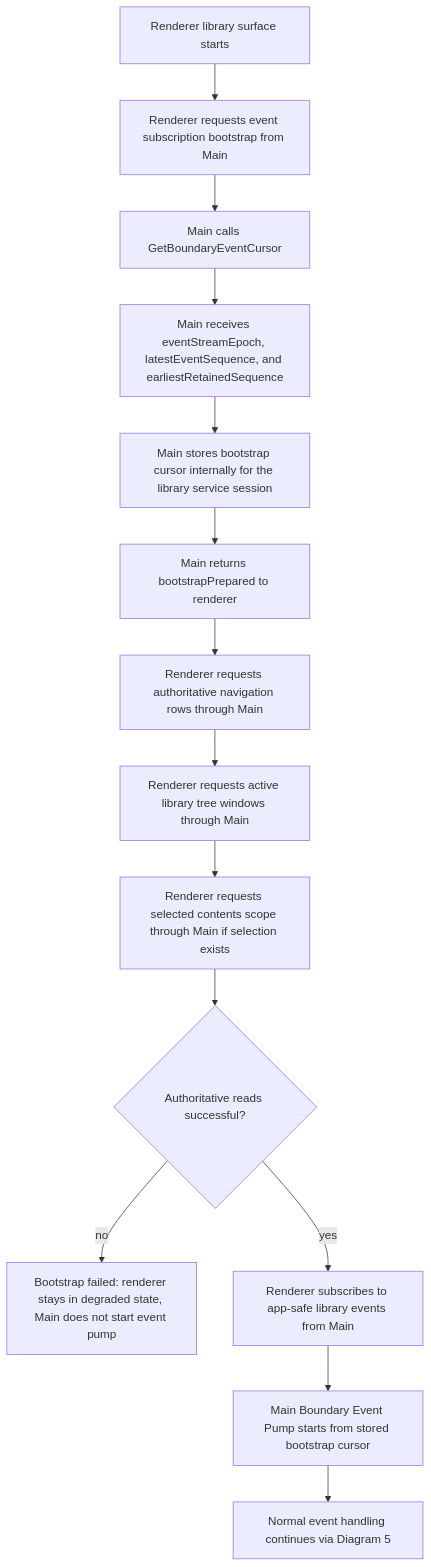
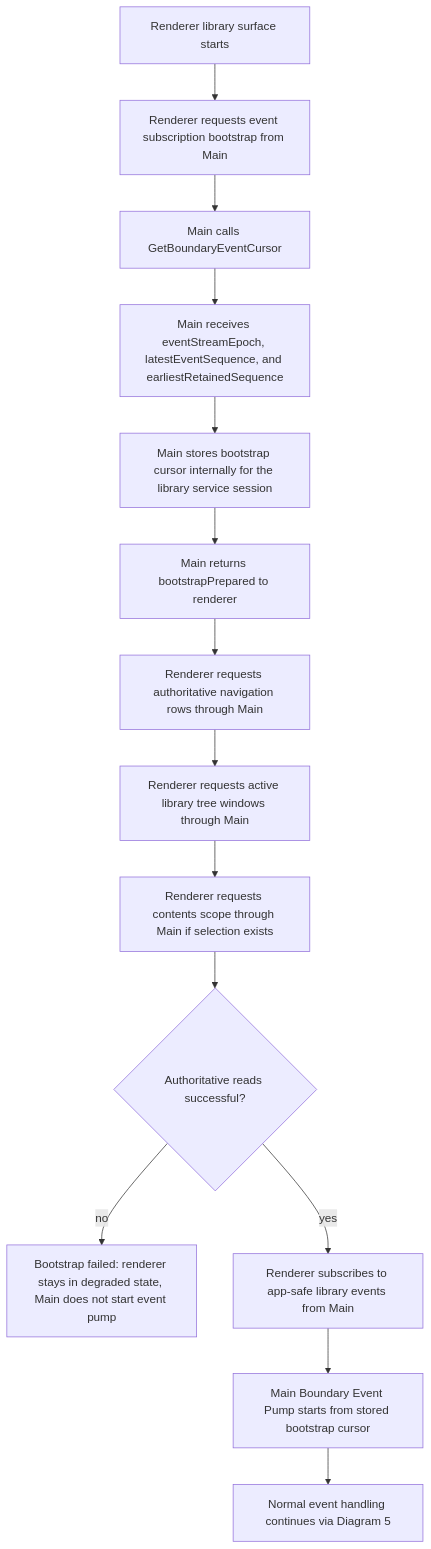
Before and after one commit to maikeleckelboom/dekzer-legacy: the sixth of 12 diagrams in docs/library/background-root-scan-lifecycle-diagrams.md, drawn with Mermaid. The commit also changed other lines of this file and 17 other files, not shown here.

````diff
--- a/docs/library/background-root-scan-lifecycle-diagrams.md
+++ b/docs/library/background-root-scan-lifecycle-diagrams.md
@@ -270,16 +270,16 @@
 ```mermaid
 flowchart TD
   A["Renderer library surface starts"] --> B["Renderer requests event subscription bootstrap from Main"]
   B --> C["Main calls GetBoundaryEventCursor"]
   C --> D["Main receives eventStreamEpoch, latestEventSequence, and earliestRetainedSequence"]
   D --> E["Main stores bootstrap cursor internally for the library service session"]
   E --> E2["Main returns bootstrapPrepared to renderer"]
   E2 --> F["Renderer requests authoritative navigation rows through Main"]
   F --> G["Renderer requests active library tree windows through Main"]
-  G --> H["Renderer requests selected contents scope through Main if selection exists"]
+  G --> H["Renderer requests contents scope through Main if selection exists"]
   H --> I{"Authoritative reads successful?"}
   I -->|" no "| J["Bootstrap failed: renderer stays in degraded state, Main does not start event pump"]
   I -->|" yes "| K["Renderer subscribes to app-safe library events from Main"]
   K --> L["Main Boundary Event Pump starts from stored bootstrap cursor"]
   L --> M["Normal event handling continues via Diagram 5"]
 ```
````
